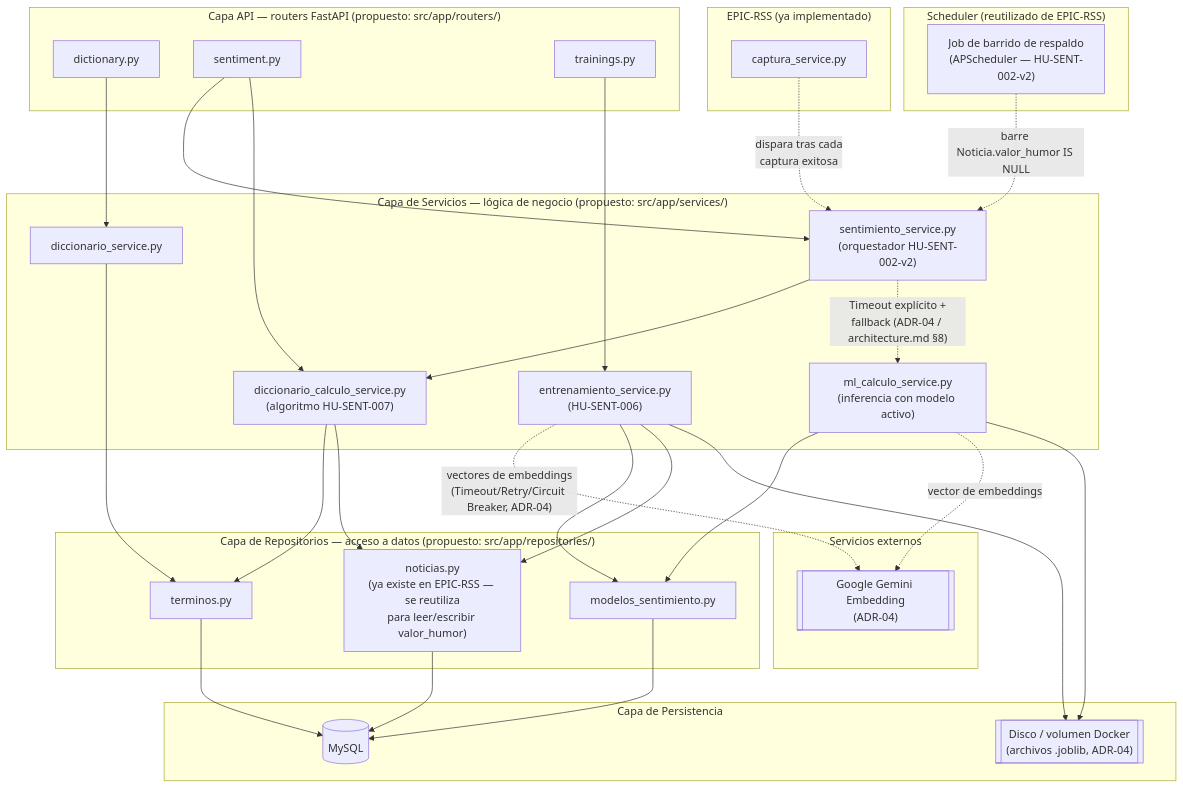
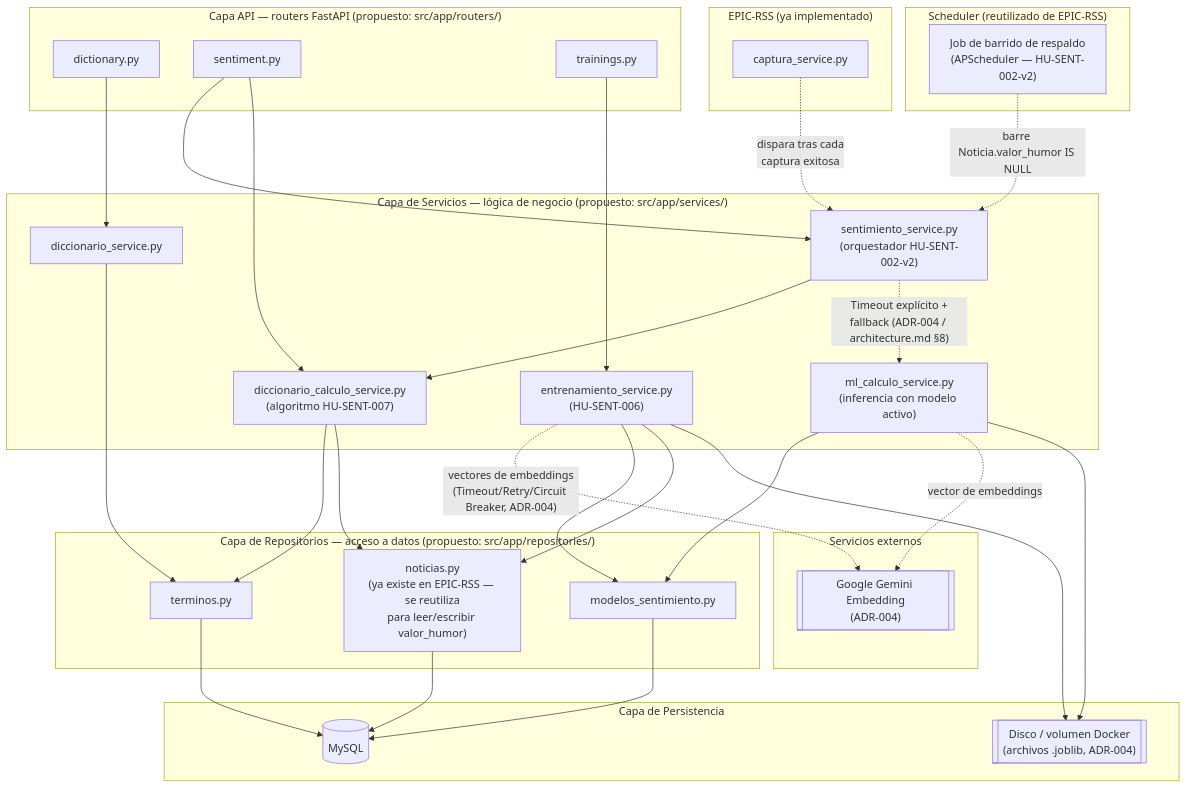
The diagram in docs/UML/diagrama-componentes-sentimiento.md (Lin0u/Equipo3-Humworld), drawn with Mermaid before and after one commit. The commit also changed other lines of this file and 58 other files, not shown here.

````diff
--- a/docs/UML/diagrama-componentes-sentimiento.md
+++ b/docs/UML/diagrama-componentes-sentimiento.md
@@ -9,64 +9,64 @@
 ```mermaid
 flowchart TB
     subgraph API["Capa API — routers FastAPI (propuesto: src/app/routers/)"]
         RDict["dictionary.py"]
         RSent["sentiment.py"]
         RTrain["trainings.py"]
     end
 
     subgraph SVC["Capa de Servicios — lógica de negocio (propuesto: src/app/services/)"]
         SDict["diccionario_service.py"]
         SCalc["sentimiento_service.py\n(orquestador HU-SENT-002-v2)"]
         SDicAlgo["diccionario_calculo_service.py\n(algoritmo HU-SENT-007)"]
         SML["ml_calculo_service.py\n(inferencia con modelo activo)"]
         STrain["entrenamiento_service.py\n(HU-SENT-006)"]
     end
 
     subgraph REPO["Capa de Repositorios — acceso a datos (propuesto: src/app/repositories/)"]
         RepoTerminos["terminos.py"]
         RepoNoticias["noticias.py\n(ya existe en EPIC-RSS — se reutiliza\npara leer/escribir valor_humor)"]
         RepoModelos["modelos_sentimiento.py"]
     end
 
     subgraph PERSIST["Capa de Persistencia"]
         MySQL[("MySQL")]
-        Disco[["Disco / volumen Docker\n(archivos .joblib, ADR-04)"]]
+        Disco[["Disco / volumen Docker\n(archivos .joblib, ADR-004)"]]
     end
 
     subgraph EXT["Servicios externos"]
-        Gemini[["Google Gemini Embedding\n(ADR-04)"]]
+        Gemini[["Google Gemini Embedding\n(ADR-004)"]]
     end
 
     subgraph SCHED["Scheduler (reutilizado de EPIC-RSS)"]
         Job["Job de barrido de respaldo\n(APScheduler — HU-SENT-002-v2)"]
     end
 
     subgraph RSSMOD["EPIC-RSS (ya implementado)"]
         SCaptura["captura_service.py"]
     end
 
     RDict --> SDict
     RSent --> SCalc
     RSent --> SDicAlgo
     RTrain --> STrain
 
     SDict --> RepoTerminos
     SCalc --> SDicAlgo
-    SCalc -. "Timeout explícito +\nfallback (ADR-04 / architecture.md §8)" .-> SML
+    SCalc -. "Timeout explícito +\nfallback (ADR-004 / architecture.md §8)" .-> SML
     SDicAlgo --> RepoTerminos
     SDicAlgo --> RepoNoticias
     SML --> RepoModelos
     SML -. "vector de embeddings" .-> Gemini
-    STrain -. "vectores de embeddings\n(Timeout/Retry/Circuit Breaker, ADR-04)" .-> Gemini
+    STrain -. "vectores de embeddings\n(Timeout/Retry/Circuit Breaker, ADR-004)" .-> Gemini
     STrain --> RepoModelos
     STrain --> RepoNoticias
     STrain --> Disco
     SML --> Disco
 
     RepoTerminos --> MySQL
     RepoNoticias --> MySQL
     RepoModelos --> MySQL
 
     SCaptura -. "dispara tras cada\ncaptura exitosa" .-> SCalc
     Job -. "barre Noticia.valor_humor IS NULL" .-> SCalc
 ```
````
